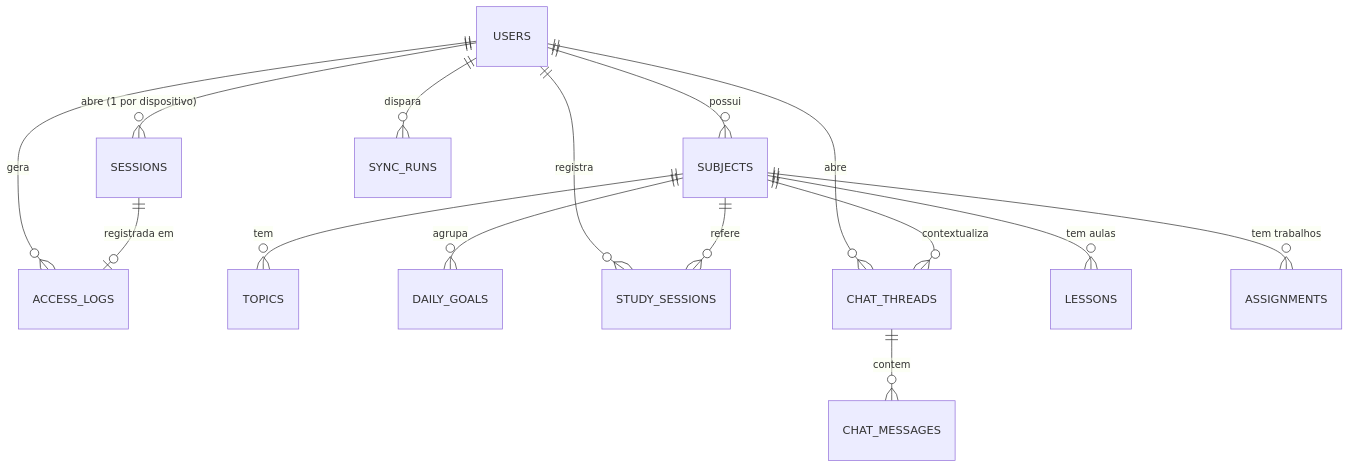
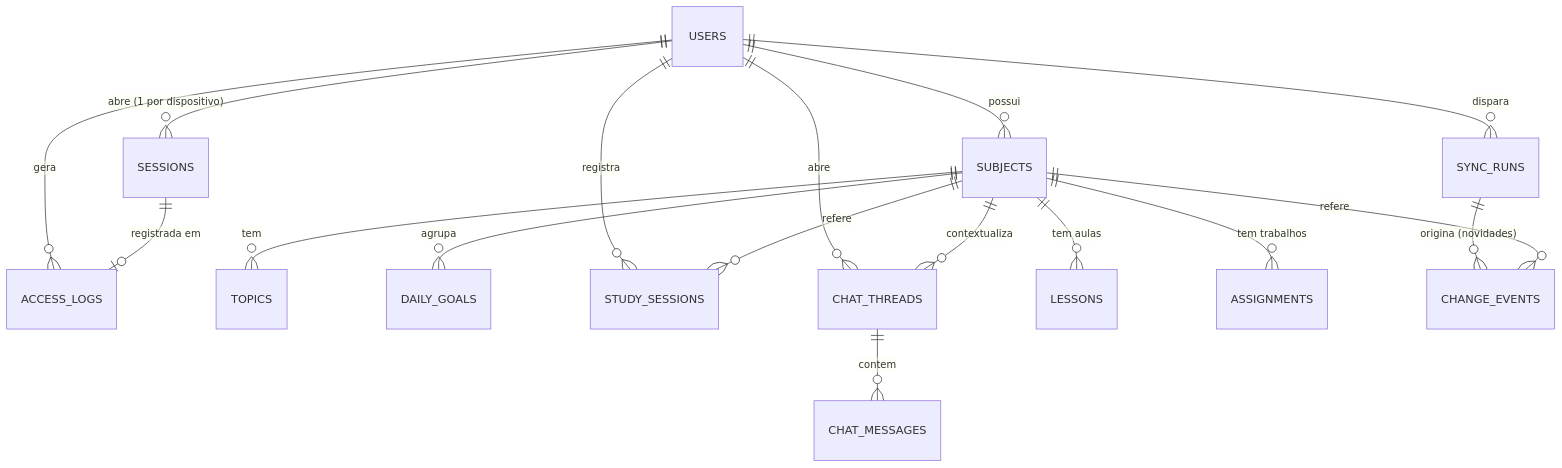
Before and after one commit to lorenzo265/trabalho_des_web: the second of 4 diagrams in docs/superpowers/specs/2026-10-23-poc-estrutura-stack.md, drawn with Mermaid. The commit also changed other lines of this file and 77 other files, not shown here.

````diff
--- a/docs/superpowers/specs/2026-10-23-poc-estrutura-stack.md
+++ b/docs/superpowers/specs/2026-10-23-poc-estrutura-stack.md
@@ -111,17 +111,19 @@
 ```mermaid
 erDiagram
   USERS ||--o{ SESSIONS : "abre (1 por dispositivo)"
   USERS ||--o{ ACCESS_LOGS : gera
   SESSIONS ||--o| ACCESS_LOGS : "registrada em"
   USERS ||--o{ SUBJECTS : possui
   SUBJECTS ||--o{ TOPICS : tem
   SUBJECTS ||--o{ DAILY_GOALS : agrupa
   USERS ||--o{ STUDY_SESSIONS : registra
   SUBJECTS ||--o{ STUDY_SESSIONS : refere
   USERS ||--o{ CHAT_THREADS : abre
   SUBJECTS ||--o{ CHAT_THREADS : contextualiza
   CHAT_THREADS ||--o{ CHAT_MESSAGES : contem
   SUBJECTS ||--o{ LESSONS : "tem aulas"
   SUBJECTS ||--o{ ASSIGNMENTS : "tem trabalhos"
   USERS ||--o{ SYNC_RUNS : dispara
+  SYNC_RUNS ||--o{ CHANGE_EVENTS : "origina (novidades)"
+  SUBJECTS ||--o{ CHANGE_EVENTS : refere
 ```
````
